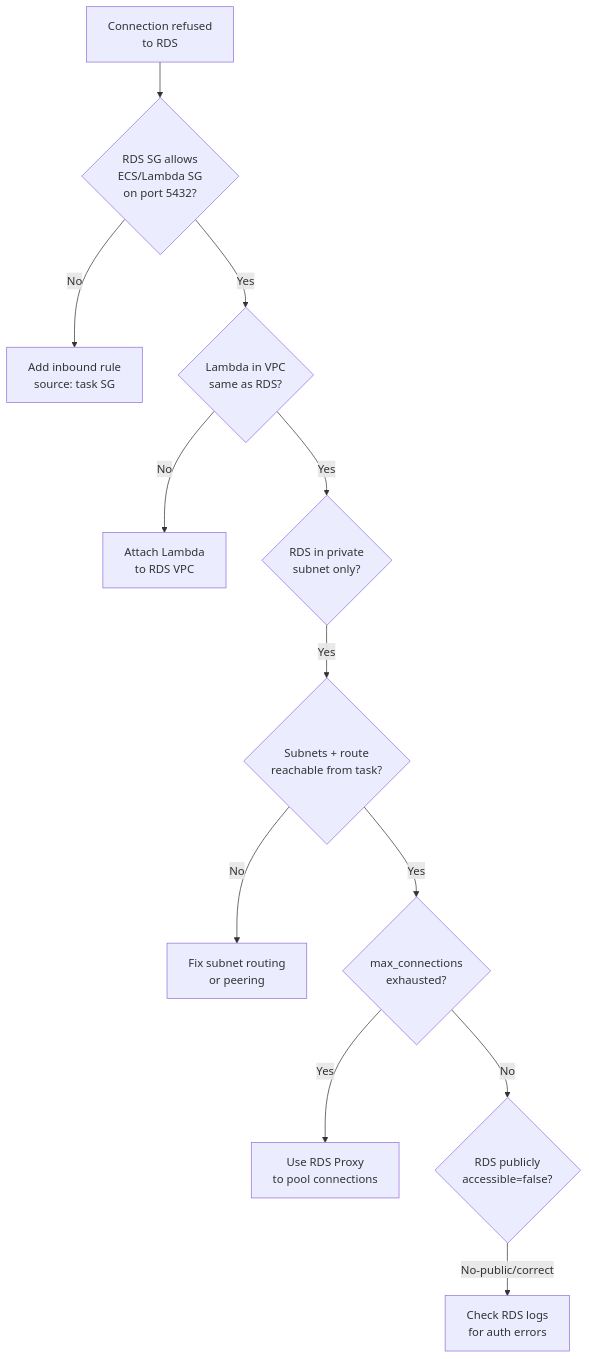
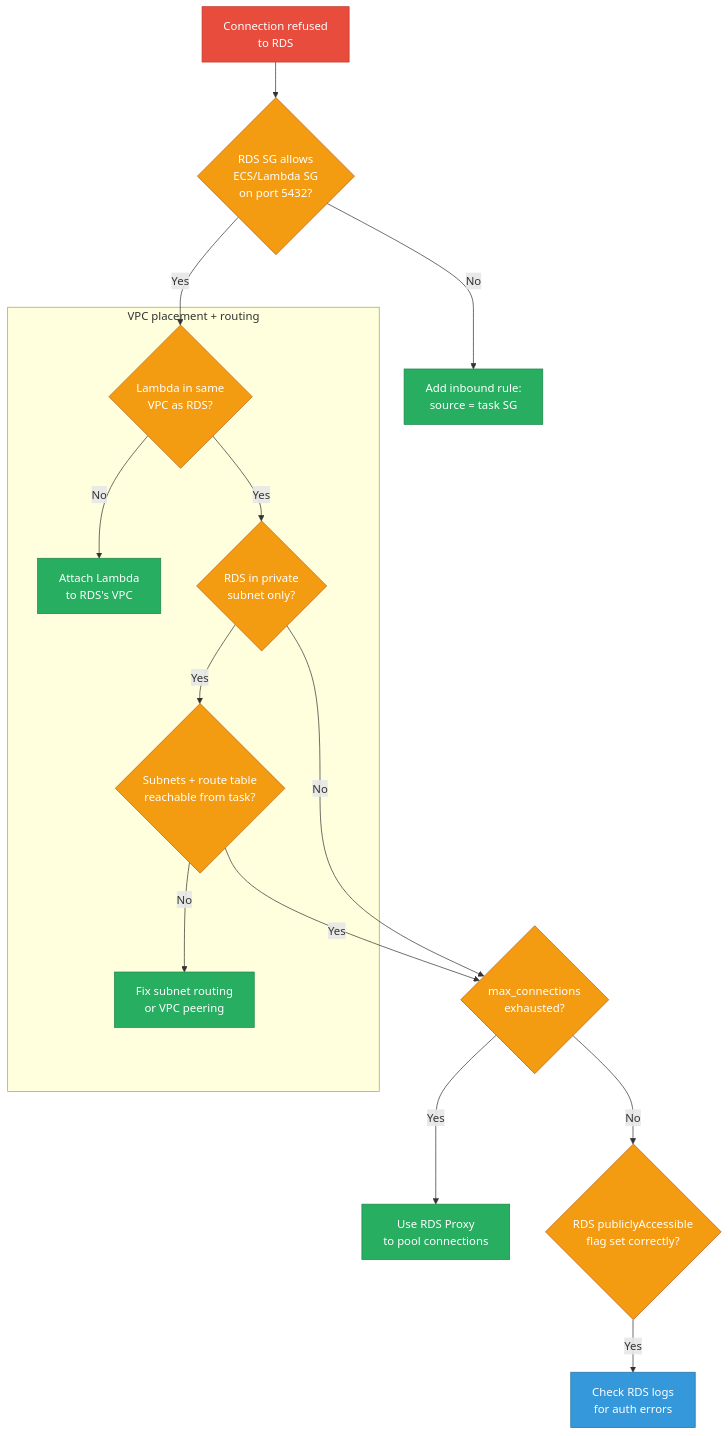
Before and after one commit to deepanshu-rawat6/DevOpsIndex: the fifth of 10 diagrams in sre/aws-scenarios.md, drawn with Mermaid. The commit also changed other lines of this file and 10 other files, not shown here.

````diff
--- a/sre/aws-scenarios.md
+++ b/sre/aws-scenarios.md
@@ -205,14 +346,25 @@
 ```mermaid
 flowchart TD
-    A[Connection refused<br/>to RDS] --> B{RDS SG allows<br/>ECS/Lambda SG<br/>on port 5432?}
-    B -- No --> B1[Add inbound rule<br/>source: task SG]
-    B -- Yes --> C{Lambda in VPC<br/>same as RDS?}
-    C -- No --> C1[Attach Lambda<br/>to RDS VPC]
-    C -- Yes --> D{RDS in private<br/>subnet only?}
-    D -- Yes --> E{Subnets + route<br/>reachable from task?}
-    E -- No --> E1[Fix subnet routing<br/>or peering]
-    E -- Yes --> F{max_connections<br/>exhausted?}
-    F -- Yes --> F1[Use RDS Proxy<br/>to pool connections]
-    F -- No --> G{RDS publicly<br/>accessible=false?}
-    G -- No-public/correct --> H[Check RDS logs<br/>for auth errors]
+    classDef err fill:#e74c3c,stroke:#c0392b,color:#fff
+    classDef decision fill:#f39c12,stroke:#ba6018,color:#fff
+    classDef fix fill:#27ae60,stroke:#1e8449,color:#fff
+    classDef verify fill:#3498db,stroke:#2471a3,color:#fff
+
+    A[Connection refused<br/>to RDS]:::err --> B{RDS SG allows<br/>ECS/Lambda SG<br/>on port 5432?}:::decision
+    B -- No --> B1[Add inbound rule:<br/>source = task SG]:::fix
+    B -- Yes --> C
+
+    subgraph VPCPATH["VPC placement + routing"]
+        C{Lambda in same<br/>VPC as RDS?}:::decision
+        C -- No --> C1[Attach Lambda<br/>to RDS's VPC]:::fix
+        C -- Yes --> D{RDS in private<br/>subnet only?}:::decision
+        D -- Yes --> E{Subnets + route table<br/>reachable from task?}:::decision
+        E -- No --> E1[Fix subnet routing<br/>or VPC peering]:::fix
+    end
+
+    E -- Yes --> F{max_connections<br/>exhausted?}:::decision
+    D -- No --> F
+    F -- Yes --> F1[Use RDS Proxy<br/>to pool connections]:::fix
+    F -- No --> G{RDS publiclyAccessible<br/>flag set correctly?}:::decision
+    G -- Yes --> H[Check RDS logs<br/>for auth errors]:::verify
 ```
````
